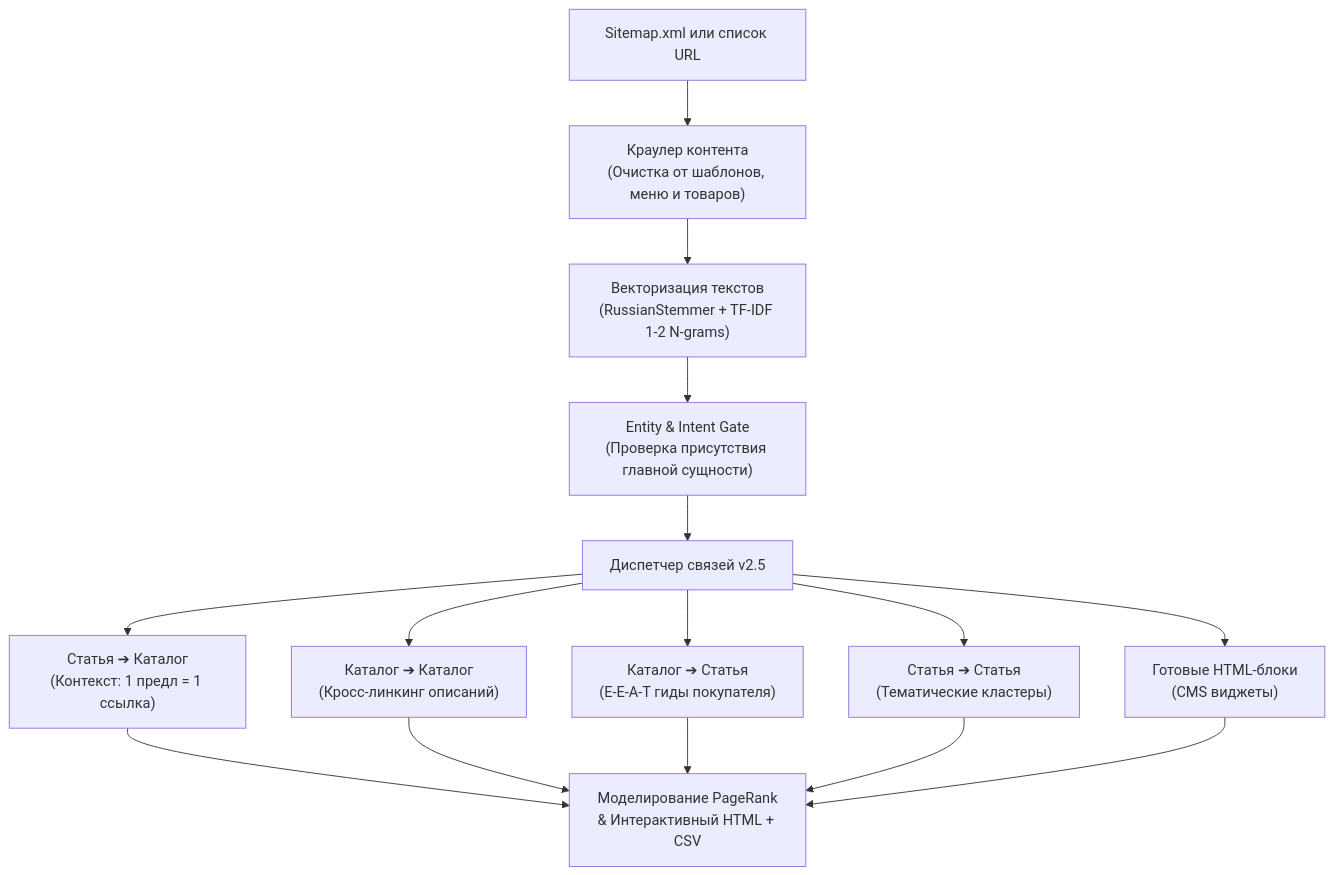
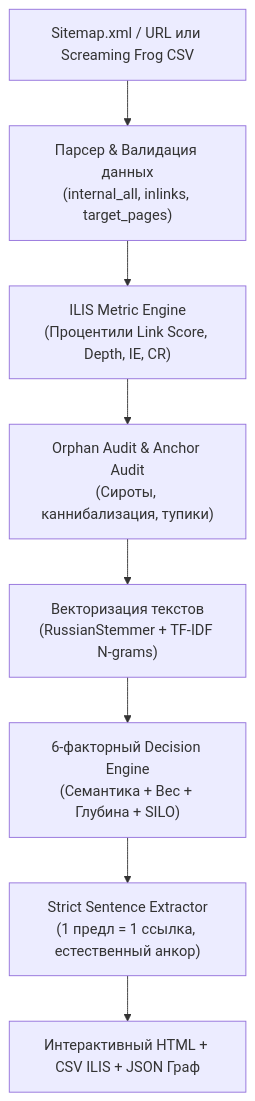
Before and after one commit to aristovyura23123-commits/antigravity-vector-linker: the diagram in README.md, drawn with Mermaid. The commit also changed other lines of this file and 7 other files, not shown here.

Commit message:
feat(v3.0): integrate ILIS v2.0 (Orphan audit, Anchor cannibalization, 6-factor donor scoring, Screaming Frog CSV support)

````diff
--- a/README.md
+++ b/README.md
@@ -26,13 +31,10 @@
 ```mermaid
 flowchart TD
-    A["Sitemap.xml или список URL"] --> B["Краулер контента<br/>(Очистка от шаблонов, меню и товаров)"]
-    B --> C["Векторизация текстов<br/>(RussianStemmer + TF-IDF 1-2 N-grams)"]
-    C --> D["Entity & Intent Gate<br/>(Проверка присутствия главной сущности)"]
-    D --> E["Диспетчер связей v2.5"]
-    E --> F["Статья ➔ Каталог<br/>(Контекст: 1 предл = 1 ссылка)"]
-    E --> G["Каталог ➔ Каталог<br/>(Кросс-линкинг описаний)"]
-    E --> H["Каталог ➔ Статья<br/>(E-E-A-T гиды покупателя)"]
-    E --> I["Статья ➔ Статья<br/>(Тематические кластеры)"]
-    E --> J["Готовые HTML-блоки<br/>(CMS виджеты)"]
-    F & G & H & I & J --> K["Моделирование PageRank<br/>& Интерактивный HTML + CSV"]
+    A["Sitemap.xml / URL или Screaming Frog CSV"] --> B["Парсер & Валидация данных<br/>(internal_all, inlinks, target_pages)"]
+    B --> C["ILIS Metric Engine<br/>(Процентили Link Score, Depth, IE, CR)"]
+    C --> D["Orphan Audit & Anchor Audit<br/>(Сироты, каннибализация, тупики)"]
+    D --> E["Векторизация текстов<br/>(RussianStemmer + TF-IDF N-grams)"]
+    E --> F["6-факторный Decision Engine<br/>(Семантика + Вес + Глубина + SILO)"]
+    F --> G["Strict Sentence Extractor<br/>(1 предл = 1 ссылка, естественный анкор)"]
+    G --> H["Интерактивный HTML + CSV ILIS + JSON Граф"]
 ```
````
